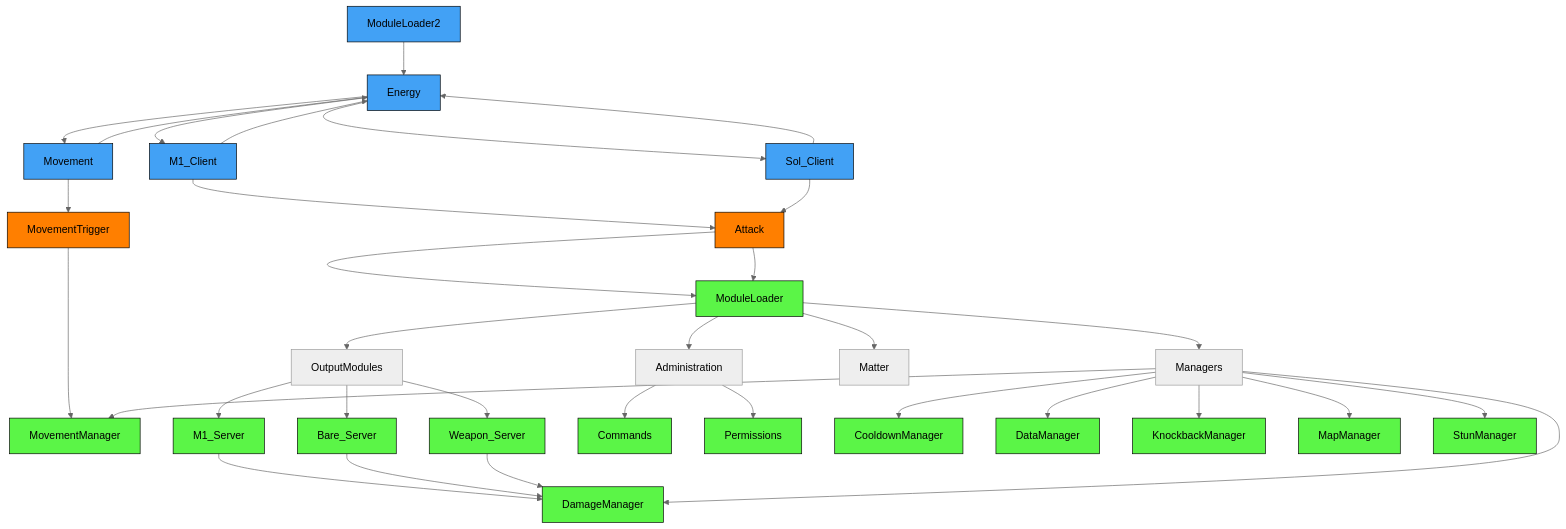
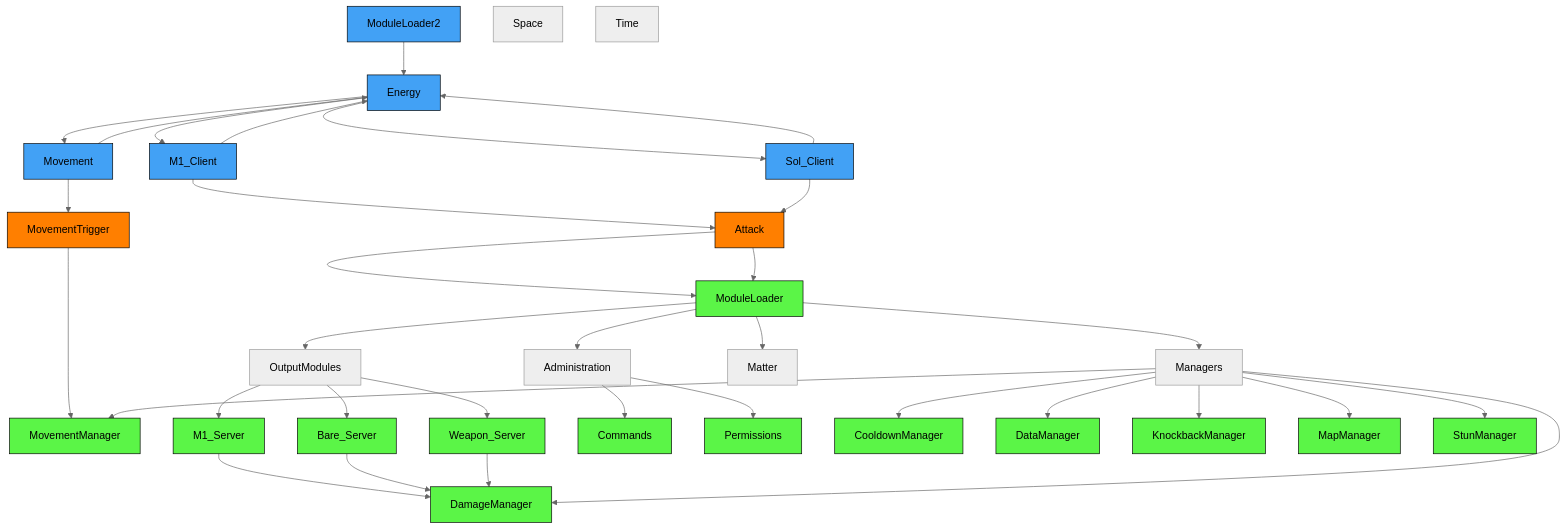
Before and after one commit to altair5607249/Crusaders-Game: the diagram in README.md, drawn with Mermaid (neutral theme).

````diff
--- a/README.md
+++ b/README.md
@@ -21,35 +21,38 @@
 ```mermaid
 graph TD;
 
   classDef serverNode fill:#5bf547,stroke:#000000,color:#000000
   classDef clientNode fill:#42a1f5,stroke:#000000,color:#000000
   classDef remoteEvent fill:#FF7F00,stroke:#000000,color:#000000
+  classDef repStoreNode fill:#b549eb,stroke:#000000,color:#000000
 
   ModuleLoader2-->Energy;
   Energy-->M1_Client-->Energy;
   Energy-->Sol_Client-->Energy;
   Energy-->Movement-->Energy;
   M1_Client-->Attack-->ModuleLoader;
   Sol_Client-->Attack-->ModuleLoader;
   Movement-->MovementTrigger-->MovementManager;
   ModuleLoader-->Administration;
   ModuleLoader-->Managers;
   ModuleLoader-->OutputModules;
   ModuleLoader-->Matter;
   OutputModules-->M1_Server-->DamageManager;
   OutputModules-->Bare_Server-->DamageManager;
   OutputModules-->Weapon_Server-->DamageManager;
   Administration-->Commands;
   Administration-->Permissions;
   Managers-->CooldownManager;
   Managers-->DamageManager;
   Managers-->DataManager;
   Managers-->KnockbackManager;
   Managers-->MapManager;
   Managers-->MovementManager;
   Managers-->StunManager;
+  Space;
+  Time;
 
   class ModuleLoader,M1_Server,Bare_Server,Weapon_Server,MovementManager,Commands,Permissions,CooldownManager,DamageManager,DataManager,KnockbackManager,MapManager,MovementManager,StunManager serverNode;
   class ModuleLoader2,Energy,M1_Client,Sol_Client,Movement clientNode;
   class Attack,MovementTrigger remoteEvent;
 ```  
````
